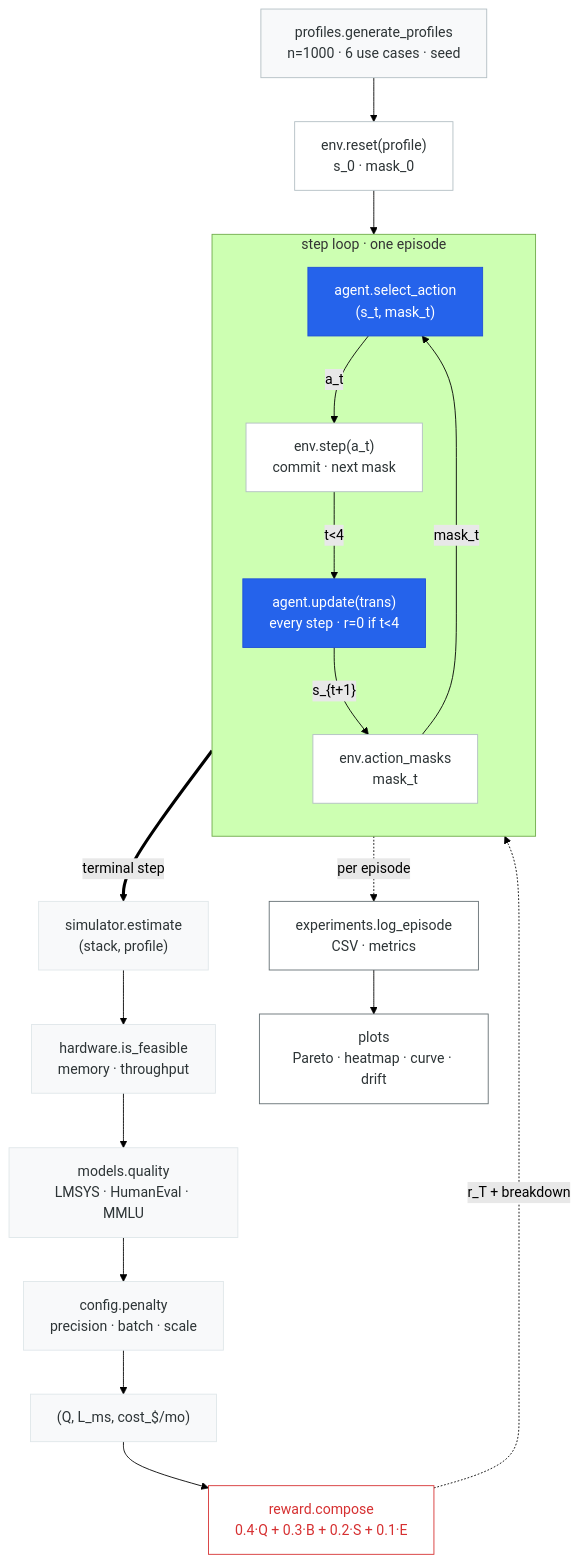
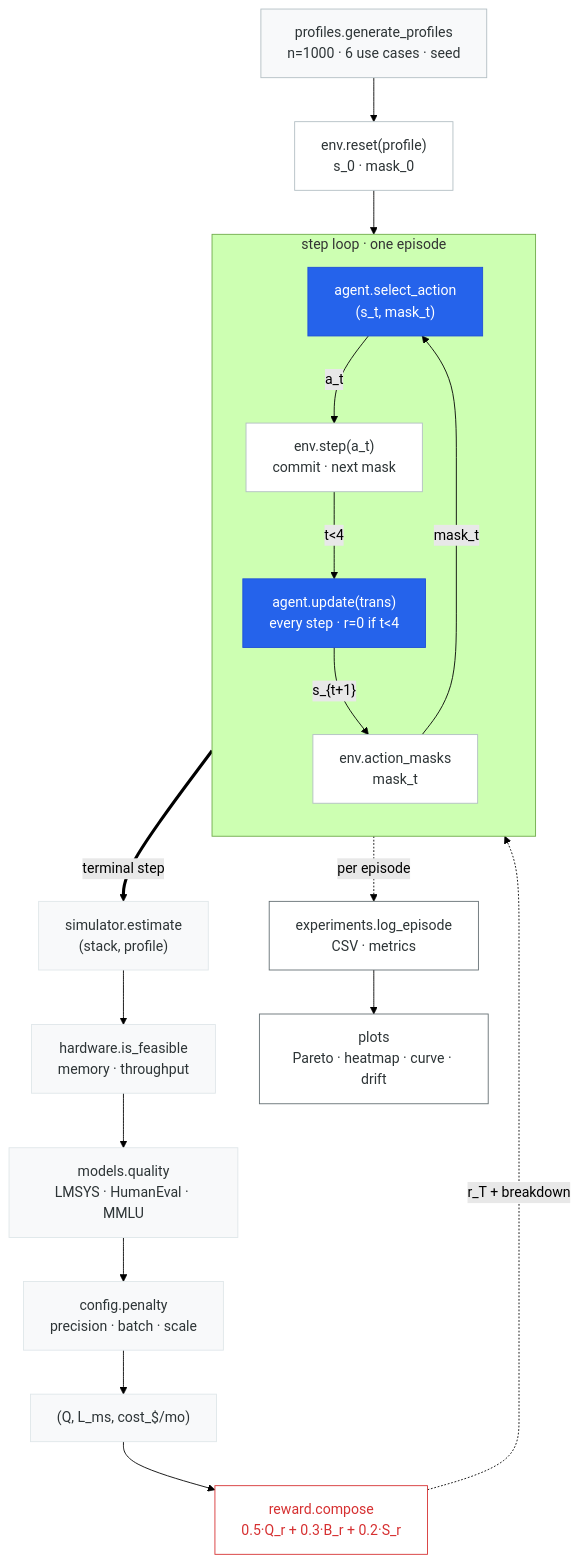
The diagram in docs/dataflow.mmd (JayDS22/InfraRL), drawn with Mermaid (forest theme) before and after one commit. The commit also changed 28 other files, not shown here.

```diff
--- a/docs/dataflow.mmd
+++ b/docs/dataflow.mmd
@@ -1,41 +1,41 @@
 flowchart TB
     classDef setup   fill:#f8f9fa,stroke:#b2bec3,color:#2d3436
     classDef env     fill:#ffffff,stroke:#b2bec3,color:#2d3436
     classDef agent   fill:#2563eb,stroke:#1d4ed8,color:#ffffff
     classDef sim     fill:#f8f9fa,stroke:#dfe6e9,color:#2d3436
     classDef reward  fill:#ffffff,stroke:#d63031,color:#d63031
     classDef out     fill:#ffffff,stroke:#636e72,color:#2d3436
 
     PG["profiles.generate_profiles<br/>n=1000 · 6 use cases · seed"]:::setup
     R["env.reset(profile)<br/>s_0 · mask_0"]:::env
 
     PG --> R
     R --> SA
 
     subgraph STEP ["step loop · one episode"]
         direction TB
         MASK["env.action_masks<br/>mask_t"]:::env
         SA["agent.select_action<br/>(s_t, mask_t)"]:::agent
         STEPC["env.step(a_t)<br/>commit · next mask"]:::env
         UP["agent.update(trans)<br/>every step · r=0 if t<4"]:::agent
 
         MASK -->|mask_t| SA
         SA -->|a_t| STEPC
         STEPC -->|"t<4"| UP
         UP -->|"s_{t+1}"| MASK
     end
 
     STEPC ==>|"terminal step"| SIM
 
     SIM["simulator.estimate<br/>(stack, profile)"]:::sim
     HW["hardware.is_feasible<br/>memory · throughput"]:::sim
     MQ["models.quality<br/>LMSYS · HumanEval · MMLU"]:::sim
     CFG["config.penalty<br/>precision · batch · scale"]:::sim
     QLC["(Q, L_ms, cost_$/mo)"]:::sim
 
     SIM --> HW --> MQ --> CFG --> QLC
-    QLC --> RW["reward.compose<br/>0.4·Q + 0.3·B + 0.2·S + 0.1·E"]:::reward
+    QLC --> RW["reward.compose<br/>0.5·Q_r + 0.3·B_r + 0.2·S_r"]:::reward
     RW -.->|r_T + breakdown| UP
 
     UP -.->|per episode| LOG["experiments.log_episode<br/>CSV · metrics"]:::out
     LOG --> PLOTS["plots<br/>Pareto · heatmap · curve · drift"]:::out
```
